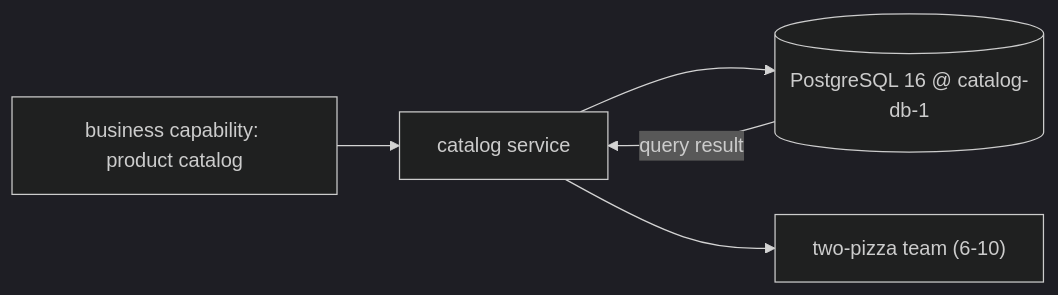
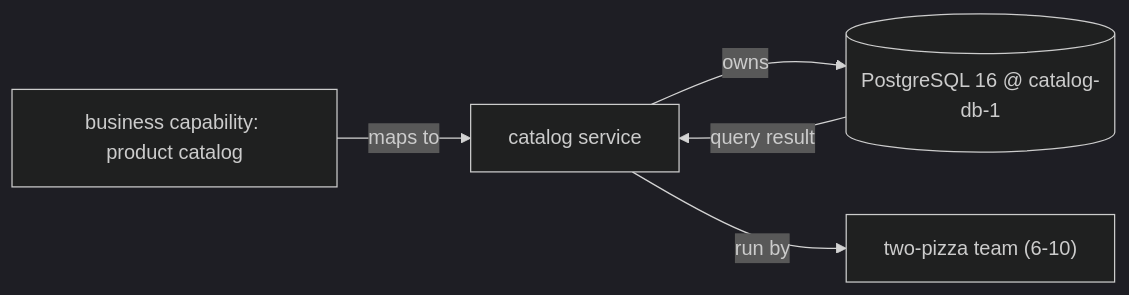
One commit to vinayakuber/microservices-io-study-guide changed the eighth of 13 diagrams in docs/ch03-decompose-by-business-capability.md. Above: the diagram before and after it, drawn with Mermaid (dark theme). The commit also changed other lines of this file and 71 other files, not shown here.

First line of the commit message:
R18: label every diagram arrow with its meaning

````diff
--- a/docs/ch03-decompose-by-business-capability.md
+++ b/docs/ch03-decompose-by-business-capability.md
@@ -263,7 +263,7 @@
 ```mermaid
 flowchart LR
-  CAP["business capability: product catalog"] --> SVC["catalog service"]
-  SVC --> DB[("PostgreSQL 16 @ catalog-db-1")]
-  SVC --> TEAM["two-pizza team (6-10)"]
+  CAP["business capability: product catalog"] -->|"maps to"| SVC["catalog service"]
+  SVC -->|"owns"| DB[("PostgreSQL 16 @ catalog-db-1")]
+  SVC -->|"run by"| TEAM["two-pizza team (6-10)"]
   DB -->|"query result"| SVC
 ```
````
